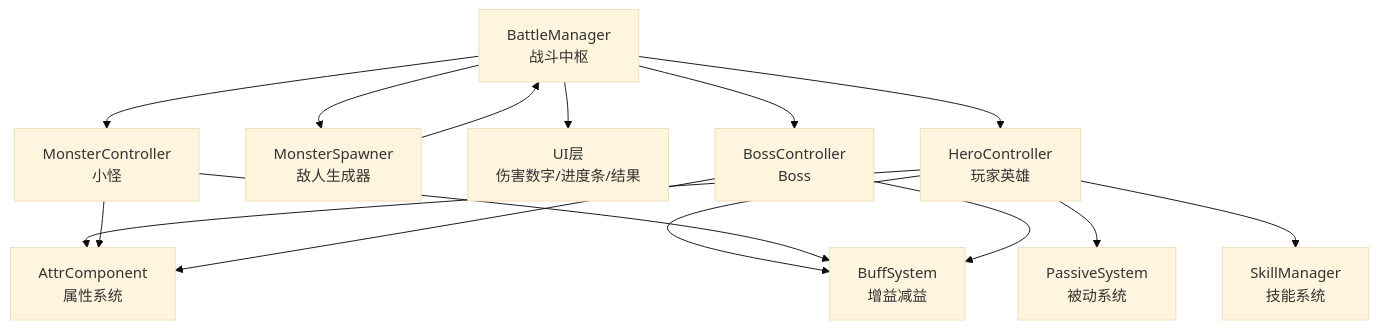
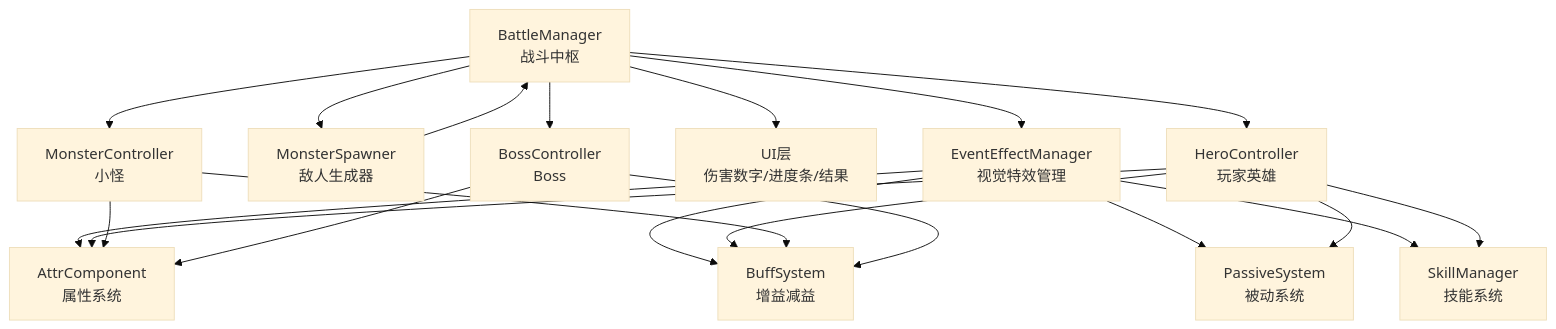
The first of 8 diagrams in .qoder/repowiki/zh/content/战斗系统/战斗系统.md (Tuusen/p1_client), drawn with Mermaid (base theme) before and after one commit. The commit also changed other lines of this file and 14 other files, not shown here.

````diff
--- a/.qoder/repowiki/zh/content/战斗系统/战斗系统.md
+++ b/.qoder/repowiki/zh/content/战斗系统/战斗系统.md
@@ -46,17 +53,22 @@
 ```mermaid
 graph TB
 BM["BattleManager<br/>战斗中枢"] --> HM["HeroController<br/>玩家英雄"]
 BM --> MS["MonsterSpawner<br/>敌人生成器"]
+BM --> EE["EventEffectManager<br/>视觉特效管理"]
 BM --> UI["UI层<br/>伤害数字/进度条/结果"]
-HM --> AC["AttrComponent<br/>属性系统"]
-HM --> BS["BuffSystem<br/>增益减益"]
-HM --> PS["PassiveSystem<br/>被动系统"]
-HM --> SK["SkillManager<br/>技能系统"]
+EE --> AC["AttrComponent<br/>属性系统"]
+EE --> BS["BuffSystem<br/>增益减益"]
+EE --> PS["PassiveSystem<br/>被动系统"]
+EE --> SK["SkillManager<br/>技能系统"]
+HM --> AC
+HM --> BS
+HM --> PS
+HM --> SK
 MC["MonsterController<br/>小怪"] --> AC
 MC --> BS
 BC["BossController<br/>Boss"] --> AC
 BC --> BS
 MS --> BM
 BM --> MC
 BM --> BC
 ```
````
